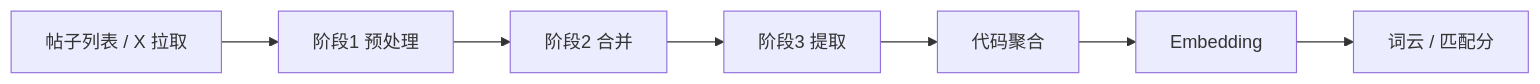
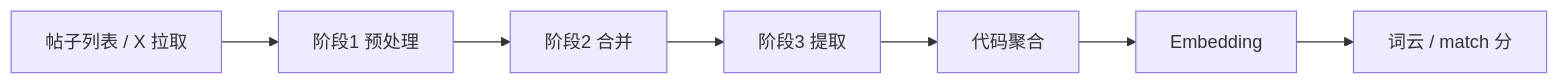
The diagram in docs/blog/产品设计/Roadmate：三阶段流水线提取社媒兴趣标签.md (1nFrastr/loxi-blog), drawn with Mermaid before and after one commit. The commit also changed other lines of this file and 6 other files, not shown here.

````diff
--- a/docs/blog/产品设计/Roadmate：三阶段流水线提取社媒兴趣标签.md
+++ b/docs/blog/产品设计/Roadmate：三阶段流水线提取社媒兴趣标签.md
@@ -111,9 +127,9 @@
 ```mermaid
 flowchart LR
   P[帖子列表 / X 拉取] --> S1[阶段1 预处理]
   S1 --> S2[阶段2 合并]
   S2 --> S3[阶段3 提取]
   S3 --> A[代码聚合]
   A --> E[Embedding]
-  E --> U[词云 / 匹配分]
+  E --> U[词云 / match 分]
 ```
````
